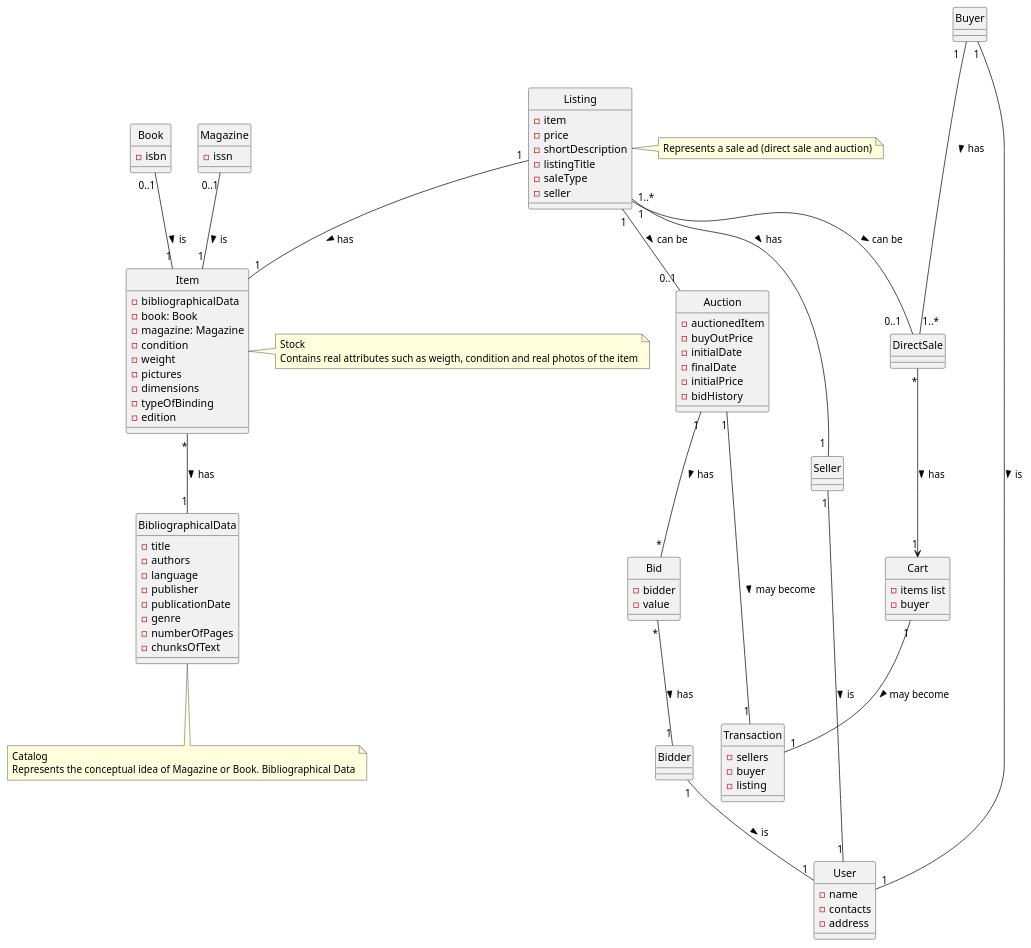
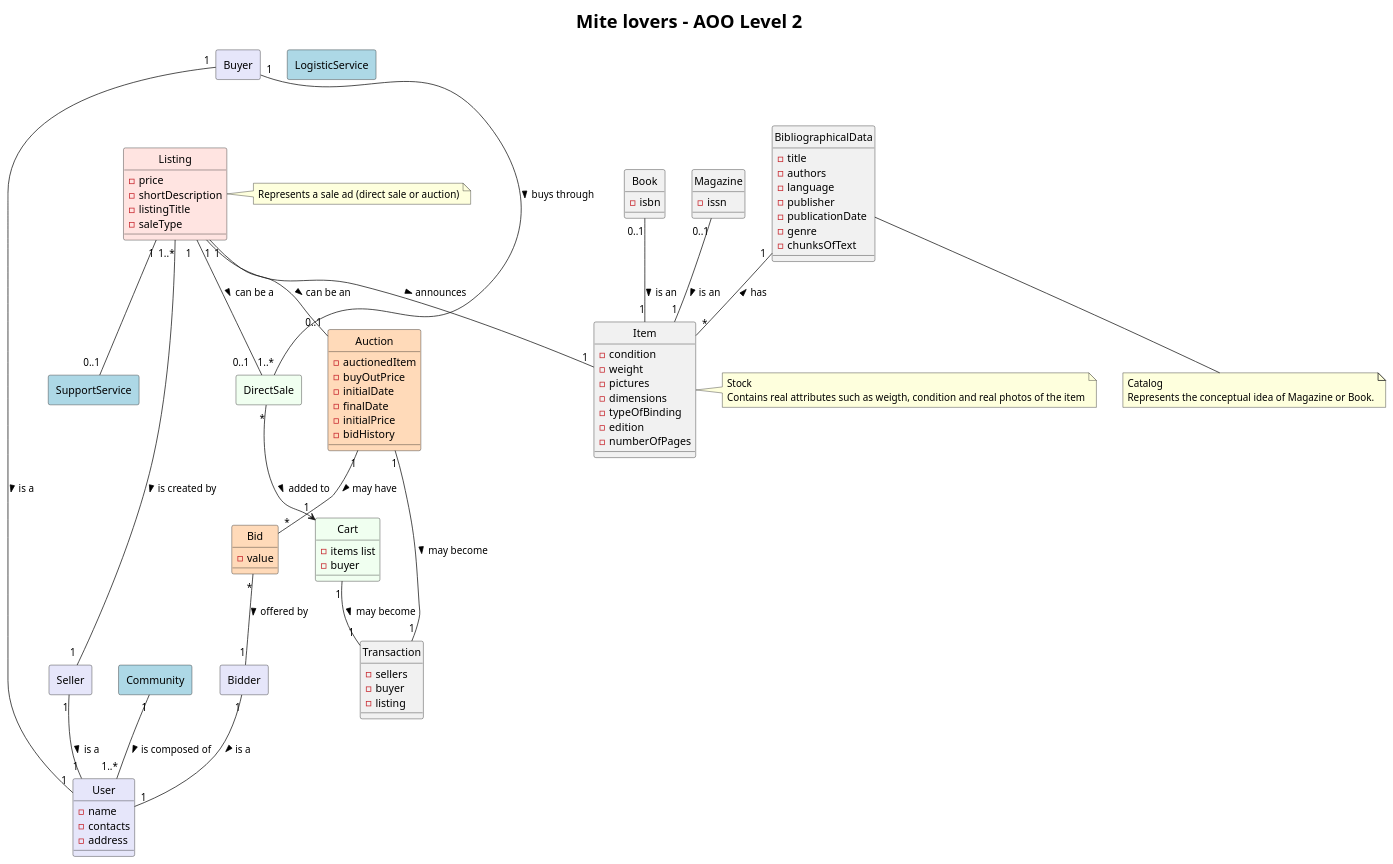
Before and after one commit to davidmarqq/MainProject_SWitCH: the diagram in DomainModel/AOO_Level2.puml, drawn with PlantUML. The commit also changed 3 other files, not shown here.

Commit message:
aoo-level1-expect

```diff
--- a/DomainModel/AOO_Level2.puml
+++ b/DomainModel/AOO_Level2.puml
@@ -1,123 +1,143 @@
 @startuml
 'https://plantuml.com/class-diagram
 hide circle
+title Mite lovers - AOO Level 2
+skinparam title {
+  FontSize 24
+}
 
-Listing "1" -- "0..1" Auction : > can be
-Listing "1   " -- "0..1   " DirectSale : > can be
-Listing "1..*" -- "       1" Seller : > has
-Listing "1" -- "1" Item : > has
+/' ------- Listing --------- '/
+
+Listing "1" -- "0..1" Auction : > can be an
+Listing "1   " -- "0..1   " DirectSale : > can be a
+Listing "1..*" -- "       1" Seller : > is created by
+Listing "1" -- "1" Item : > announces
+
+Listing "1" -- "0..1" SupportService
+
+/' ------- Product --------- '/
+together {
+Item "*" -- "1" BibliographicalData : > has
+Book "0..1" -- "1" Item : > is an
+Magazine "0..1" -- "1" Item : > is an
+}
+/' ------- Direct Sale -------- '/
+
+Buyer "1  " --- "1..*" DirectSale : > buys through
+Cart "1" -- "1" Transaction : > may become
+DirectSale "*" --> "1" Cart : > added to
+
+/' ------- Auction ------ '/
+together {
+Auction "1" -- "*" Bid : > may have
+Auction "1" -- "1" Transaction : > may become
+Bid "*" -- "1" Bidder : > offered by
+}
+/' ------- Users -------- '/
+together {
+Bidder "1"-- "1" User : > is a
+Seller "1" -- "1" User : > is a
+Buyer "1" - "1" User : > is a
+}
+
+/' ----- Community -------'/
+
+Community "1" -- "1..*" User : > is composed of
+
+/' ========== Concepts ============= '/
+
+object Listing #FFE4E1 {
+    - price
+    - shortDescription
+    - listingTitle
+    - saleType
+}
+object Auction #FFDAB9 {
+    - auctionedItem
+    - buyOutPrice
+    - initialDate
+    - finalDate
+    - initialPrice
+    - bidHistory
+}
+object Item {
+    - condition
+    - weight
+    - pictures
+    - dimensions
+    - typeOfBinding
+    - edition
+    - numberOfPages
+}
+object BibliographicalData {
+    - title
+    - authors
+    - language
+    - publisher
+    - publicationDate
+    - genre
+    - chunksOfText
+}
+
+object Bid #FFDAB9 {
+    - value
+}
+object Cart #F0FFF0 {
+    - items list
+    - buyer
+}
+rectangle DirectSale #F0FFF0 {
+}
+object Transaction {
+    - sellers
+    - buyer
+    - listing
+}
+object Book {
+    - isbn
+}
+object Magazine{
+    - issn
+}
+
+object User #E6E6FA {
+    - name
+    - contacts
+    - address
+}
+rectangle Seller #E6E6FA {
+}
+rectangle Buyer #E6E6FA{
+}
+rectangle Bidder #E6E6FA{
+}
+rectangle SupportService #LightBlue {
+}
+rectangle Community #LightBlue {
+}
+rectangle LogisticService #LightBlue {
+}
+
+/' ========= Notes  ============ '/
 
 note as L
-    Represents a sale ad (direct sale and auction)
+    Represents a sale ad (direct sale or auction)
     end note
 
 Listing -> L
 
-Item "*" -- "1" BibliographicalData : > has
 note as N
     Catalog
-    Represents the conceptual idea of Magazine or Book. Bibliographical Data
+    Represents the conceptual idea of Magazine or Book.
     end note
 
 BibliographicalData --> N
 
 note as S
     Stock
     Contains real attributes such as weigth, condition and real photos of the item
     end note
 
 Item - S
 
-Book "0..1" -- "1" Item : > is
-Magazine "0..1" -- "1" Item : > is
-
-Buyer "1  " --- "1..*" DirectSale : > has
-Cart "1" -- "1" Transaction : > may become
-DirectSale "*" --> "1" Cart : > has
-
-Auction "1" -- "*" Bid : > has
-Auction "1" -- "1" Transaction : > may become
-Bid "*" -- "1" Bidder : > has
-
-Bidder "1"-- "1" User : > is
-Seller "1" -- "1" User : > is
-Buyer "1" - "1" User : > is
-
-object Listing {
-    - item
-    - price
-    - shortDescription
-    - listingTitle
-    - saleType
-    - seller
-}
-
-object Item {
-    - bibliographicalData
-    - book: Book
-    - magazine: Magazine
-    - condition
-    - weight
-    - pictures
-    - dimensions
-    - typeOfBinding
-    - edition
-}
-object BibliographicalData {
-    - title
-    - authors
-    - language
-    - publisher
-    - publicationDate
-    - genre
-    - numberOfPages
-    - chunksOfText
-}
-object Seller {
-}
-object Buyer {
-}
-object Bidder {
-}
-object Bid {
-    - bidder
-    - value
-}
-
-object Cart {
-    - items list
-    - buyer
-}
-
-object DirectSale {
-}
-
-object Transaction {
-    - sellers
-    - buyer
-    - listing
-}
-
-object Book {
-    - isbn
-}
-
-object Magazine{
-    - issn
-}
-object Auction {
-    - auctionedItem
-    - buyOutPrice
-    - initialDate
-    - finalDate
-    - initialPrice
-    - bidHistory
-}
-
-object User {
-    - name
-    - contacts
-    - address
-}
-
 @enduml
```
